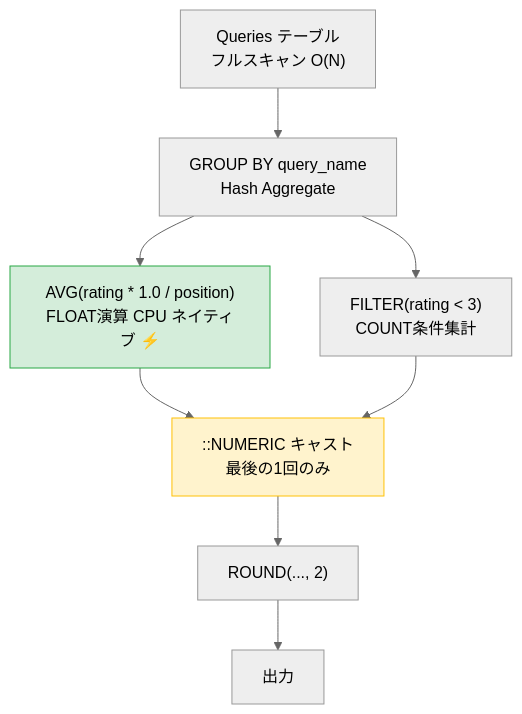
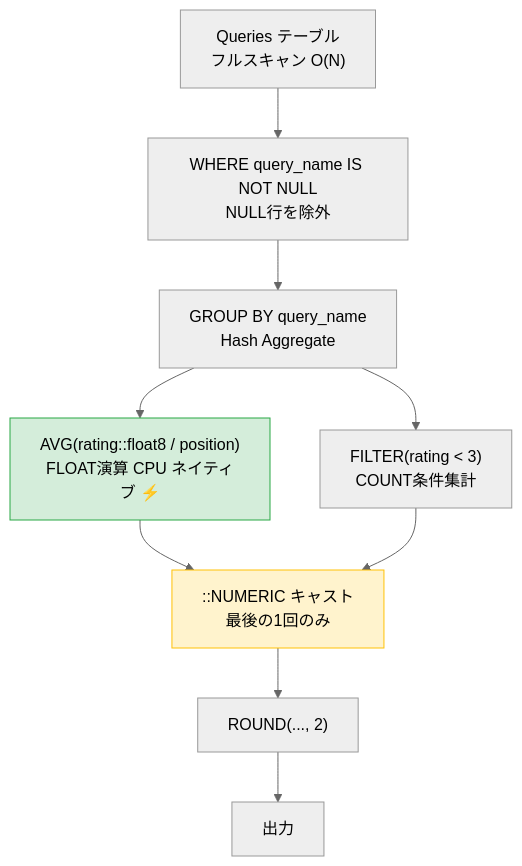
The second of 2 diagrams in SQL/Leetcode/Basic select/1211. Queries Quality and Percentage/Claude Sonnet 4.6 Extended/Queries_Quality_and_Percentage_postgresql.md (myoshi2891/Algorithm-DataStructures-Math-SQL), drawn with Mermaid (neutral theme) before and after one commit. The commit also changed other lines of this file, not shown here.

Commit message:
Fix: Restore WHERE clause and correct FLOAT cast explanation in PostgreSQL solution

````diff
--- a/SQL/Leetcode/Basic select/1211. Queries Quality and Percentage/Claude Sonnet 4.6 Extended/Queries_Quality_and_Percentage_postgresql.md
+++ b/SQL/Leetcode/Basic select/1211. Queries Quality and Percentage/Claude Sonnet 4.6 Extended/Queries_Quality_and_Percentage_postgresql.md
@@ -229,20 +226,22 @@
 ```mermaid
 flowchart TD
     A["Queries テーブル\nフルスキャン O(N)"]
+    A_F["WHERE query_name IS NOT NULL\nNULL行を除外"]
     B["GROUP BY query_name\nHash Aggregate"]
-    C["AVG(rating * 1.0 / position)\nFLOAT演算 CPU ネイティブ ⚡"]
+    C["AVG(rating::float8 / position)\nFLOAT演算 CPU ネイティブ ⚡"]
     D["FILTER(rating < 3)\nCOUNT条件集計"]
     E["::NUMERIC キャスト\n最後の1回のみ"]
     F["ROUND(..., 2)"]
     G["出力"]
 
-    A --> B
+    A --> A_F
+    A_F --> B
     B --> C & D
     C --> E
     D --> E
     E --> F
     F --> G
 
     style C fill:#d4edda,stroke:#28a745
     style E fill:#fff3cd,stroke:#ffc107
 ```
````
